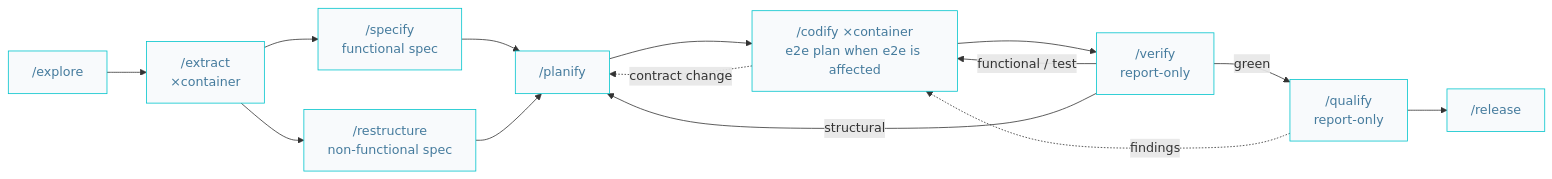
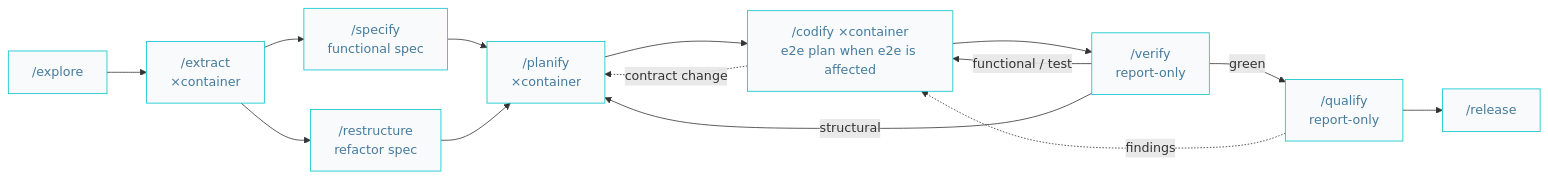
One commit to AIDDbot/AIDDbot changed the third of 10 diagrams in docs/AIDD.workflow.md. Above: the diagram before and after it, drawn with Mermaid. The commit also changed other lines of this file and 5 other files, not shown here.

````diff
--- a/docs/AIDD.workflow.md
+++ b/docs/AIDD.workflow.md
@@ -63,19 +63,19 @@
 ```mermaid
 flowchart LR
   classDef nd fill:#f8fafc,stroke:#00c4cc,color:#457b9d
 
   EXP["/explore"]:::nd --> EXT["/extract<br/>×container"]:::nd
   EXT --> SPC["/specify<br/>functional spec"]:::nd
-  EXT --> REF["/restructure<br/>non-functional spec"]:::nd
-  SPC --> PLN["/planify"]:::nd
+  EXT --> REF["/restructure<br/>refactor spec"]:::nd
+  SPC --> PLN["/planify<br/>×container"]:::nd
   REF --> PLN
   PLN --> COD["/codify ×container<br/>e2e plan when e2e is affected"]:::nd
   COD --> VER["/verify<br/>report-only"]:::nd
   VER -->|green| REV["/qualify<br/>report-only"]:::nd
   REV --> REL["/release"]:::nd
 
   VER -->|functional / test| COD
   VER -->|structural| PLN
   REV -.findings.-> COD
   COD -.contract change.-> PLN
 ```
````
